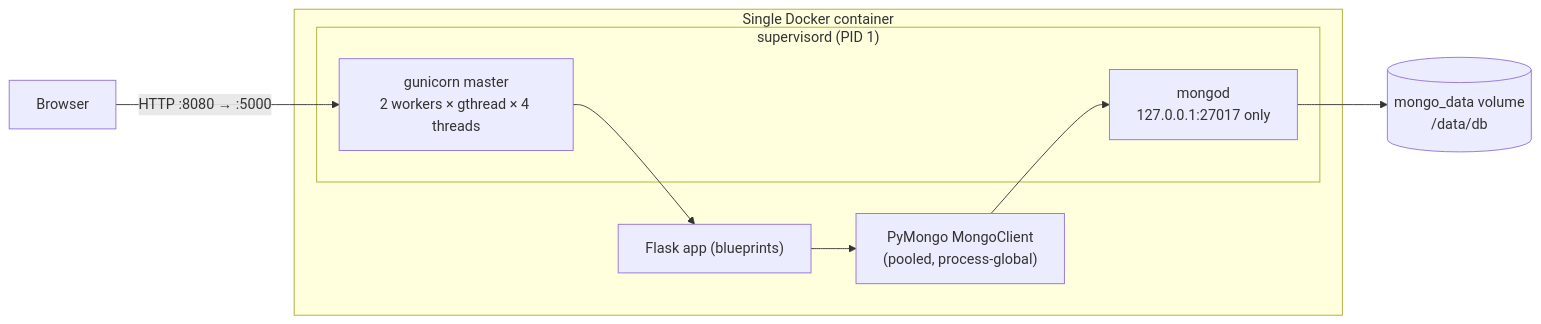
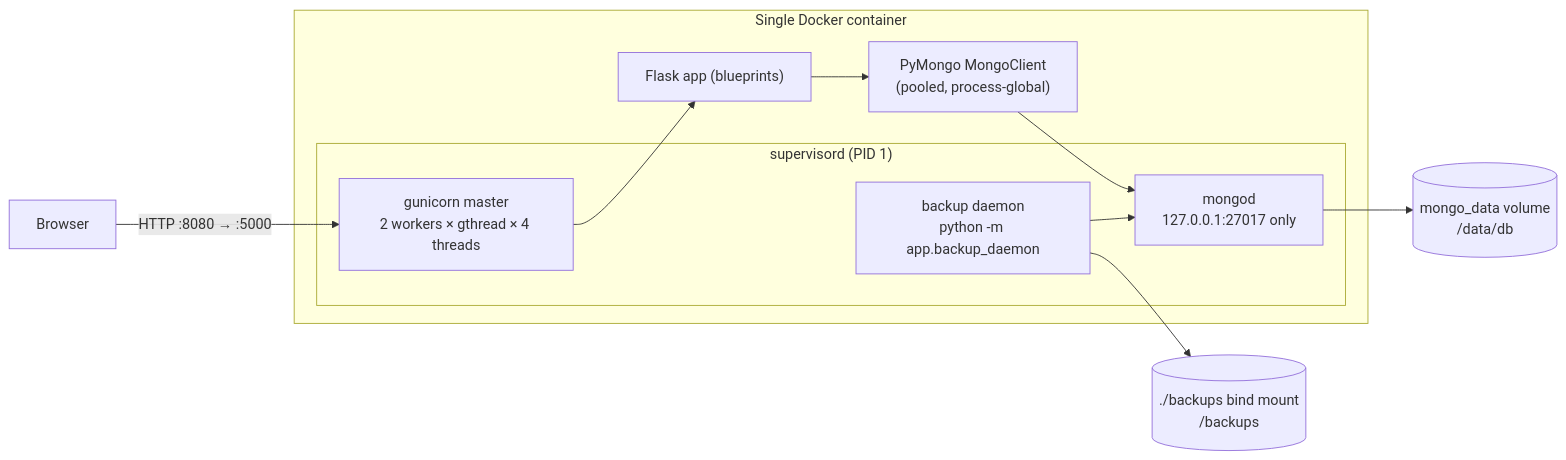
One commit to ibehren1/wireguard-network-manager changed the second of 3 diagrams in docs/ARCHITECTURE.md. Above: the diagram before and after it, drawn with Mermaid. The commit also changed other lines of this file and 20 other files, not shown here.

````diff
--- a/docs/ARCHITECTURE.md
+++ b/docs/ARCHITECTURE.md
@@ -195,19 +225,22 @@
 ```mermaid
 flowchart LR
     Browser -->|"HTTP :8080 → :5000"| Gunicorn
 
     subgraph Container["Single Docker container"]
         subgraph Sup["supervisord (PID 1)"]
             Gunicorn["gunicorn master<br/>2 workers × gthread × 4 threads"]
             Mongod["mongod<br/>127.0.0.1:27017 only"]
+            BackupDaemon["backup daemon<br/>python -m app.backup_daemon"]
         end
         Flask["Flask app (blueprints)"]
         PyMongo["PyMongo MongoClient<br/>(pooled, process-global)"]
 
         Gunicorn --> Flask
         Flask --> PyMongo
         PyMongo --> Mongod
+        BackupDaemon --> Mongod
     end
 
     Mongod --> Volume[("mongo_data volume<br/>/data/db")]
+    BackupDaemon --> BackupsDir[("./backups bind mount<br/>/backups")]
 ```
````
